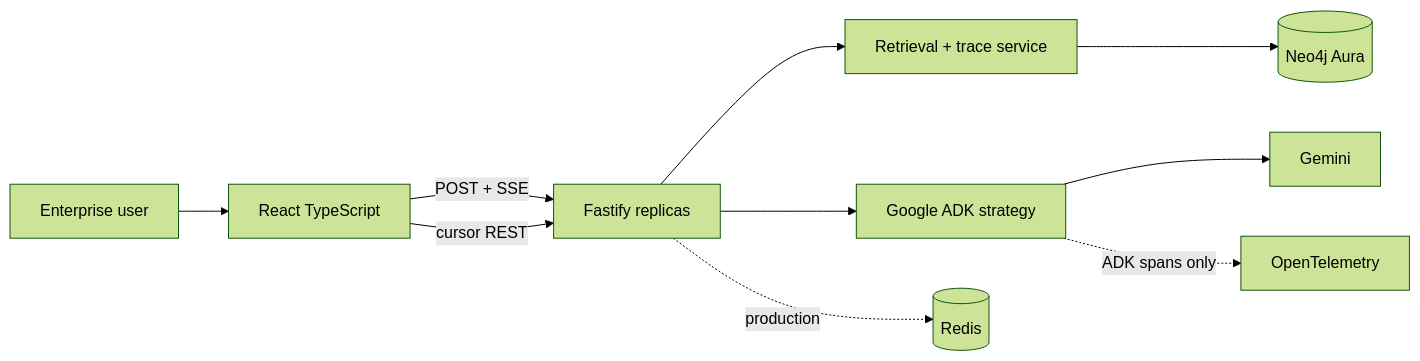
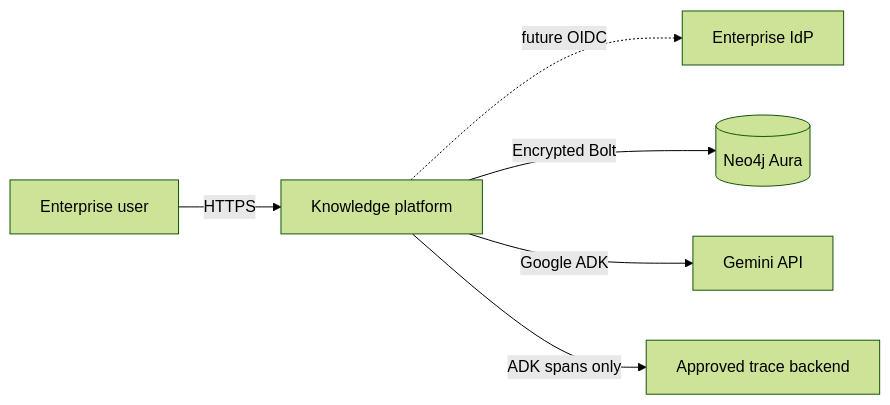
One commit to biswajitNanda223/may-the-knowledge-be-with-you changed the first of 3 diagrams in docs/HLD.md. Above: the diagram before and after it, drawn with Mermaid (forest theme). The commit also changed other lines of this file and 3 other files, not shown here.

First line of the commit message:
docs(architecture): complete HLD and LLD

````diff
--- a/docs/HLD.md
+++ b/docs/HLD.md
@@ -7,12 +9,15 @@
 ```mermaid
 flowchart LR
-  U[Enterprise user] --> W[React TypeScript]
-  W -->|POST + SSE| F[Fastify replicas]
-  W -->|cursor REST| F
-  F --> R[Retrieval + trace service]
-  F --> A[Google ADK strategy]
-  R --> N[(Neo4j Aura)]
-  A --> G[Gemini]
-  F -. production .-> C[(Redis)]
-  A -. ADK spans only .-> O[OpenTelemetry]
+  User[Enterprise user]
+  IdP[Enterprise IdP]
+  Platform[Knowledge platform]
+  Aura[(Neo4j Aura)]
+  Gemini[Gemini API]
+  TraceBackend[Approved trace backend]
+
+  User -->|HTTPS| Platform
+  Platform -. future OIDC .-> IdP
+  Platform -->|Encrypted Bolt| Aura
+  Platform -->|Google ADK| Gemini
+  Platform -->|ADK spans only| TraceBackend
 ```
````
